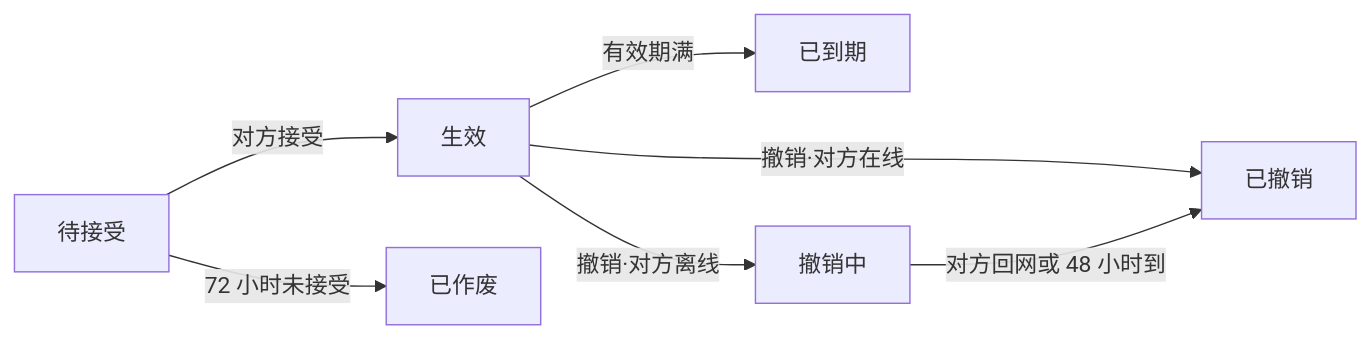
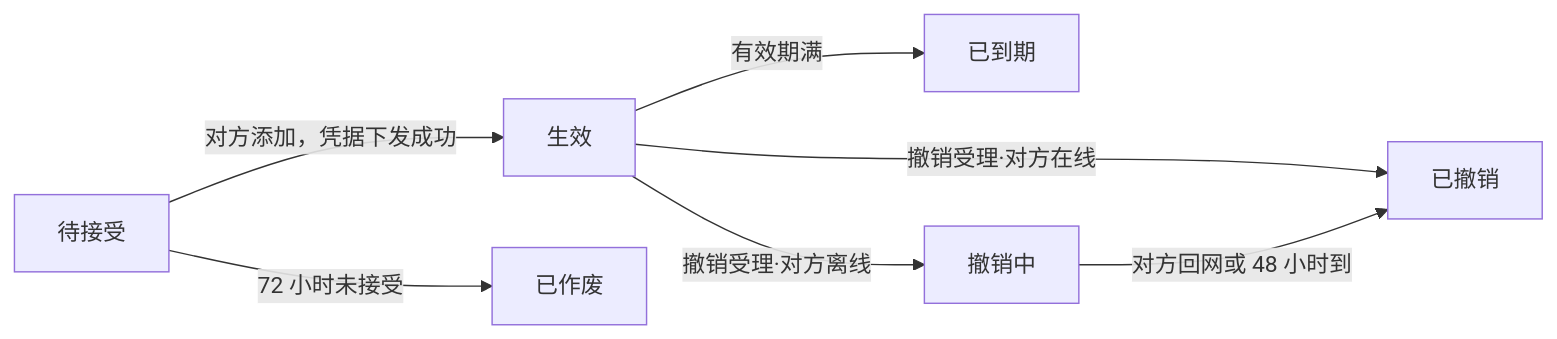
One commit to sqsqsq/SimulatedWalletForHmos changed the third of 3 diagrams in doc/plan/1.9.9/金样候选/car-key-sharing/AR/story.md. Above: the diagram before and after it, drawn with Mermaid. The commit also changed other lines of this file and 38 other files, not shown here.

````diff
--- a/doc/plan/1.9.9/金样候选/car-key-sharing/AR/story.md
+++ b/doc/plan/1.9.9/金样候选/car-key-sharing/AR/story.md
@@ -250,11 +241,11 @@
 ```mermaid
 %% 图源 SR §3 #1
 %% 图源 spec §5.2 #1
 flowchart LR
-    P[待接受] -->|对方接受| A[生效]
+    P[待接受] -->|对方添加，凭据下发成功| A[生效]
     P -->|72 小时未接受| E[已作废]
     A -->|有效期满| X[已到期]
-    A -->|撤销·对方在线| R[已撤销]
-    A -->|撤销·对方离线| RP[撤销中]
+    A -->|撤销受理·对方在线| R[已撤销]
+    A -->|撤销受理·对方离线| RP[撤销中]
     RP -->|对方回网或 48 小时到| R
 ```
````
